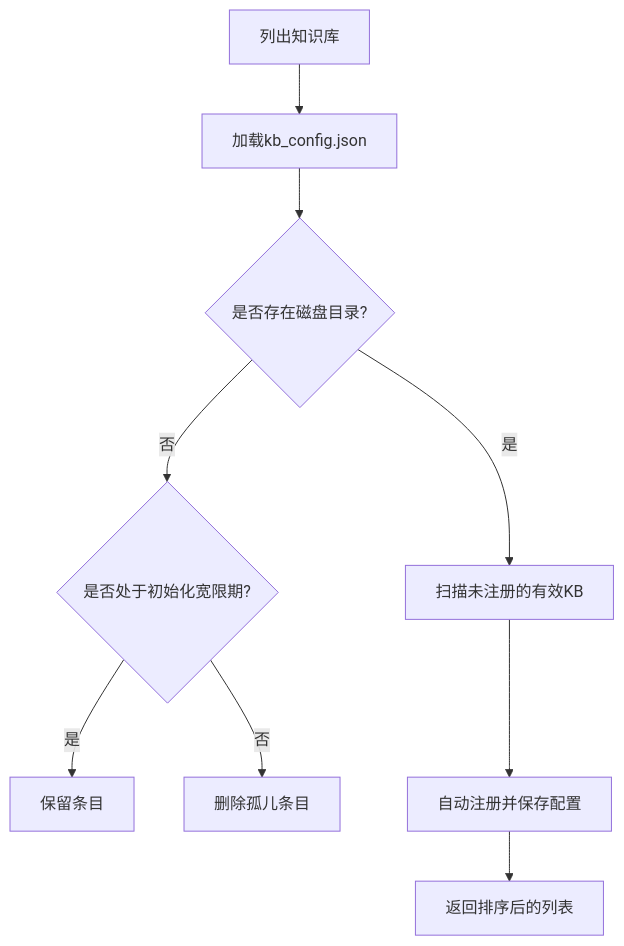
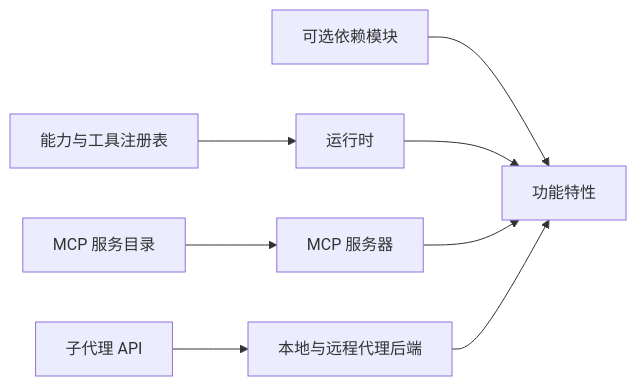
Before and after one commit to gongzili456/DeepTutor: the seventh of 8 diagrams in .qoder/repowiki/zh/content/项目概述/项目概述.md, drawn with Mermaid. The commit also changed other lines of this file and 1242 other files, not shown here.

````diff
--- a/.qoder/repowiki/zh/content/项目概述/项目概述.md
+++ b/.qoder/repowiki/zh/content/项目概述/项目概述.md
@@ -196,11 +269,10 @@
 ```mermaid
-flowchart TD
-A["列出知识库"] --> B["加载kb_config.json"]
-B --> C{"是否存在磁盘目录?"}
-C -- "否" --> D{"是否处于初始化宽限期?"}
-D -- "是" --> E["保留条目"]
-D -- "否" --> F["删除孤儿条目"]
-C -- "是" --> G["扫描未注册的有效KB"]
-G --> H["自动注册并保存配置"]
-H --> I["返回排序后的列表"]
+graph LR
+Registry["能力与工具注册表"] --> Runtime["运行时"]
+MCPCatalog["MCP 服务目录"] --> MCPServer["MCP 服务器"]
+OptionalDeps["可选依赖模块"] --> Features["功能特性"]
+SubagentAPI["子代理 API"] --> Backends["本地与远程代理后端"]
+Runtime --> Features
+MCPServer --> Features
+Backends --> Features
 ```
````
